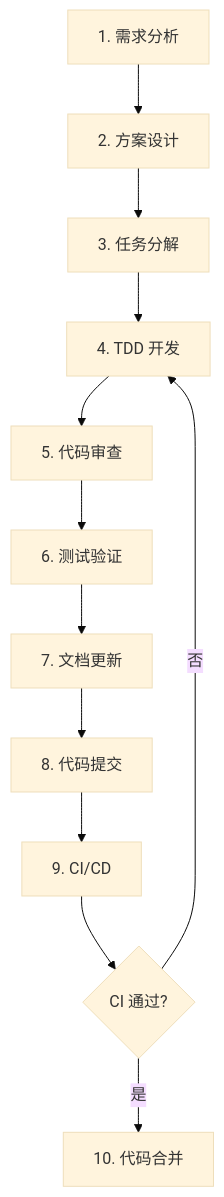
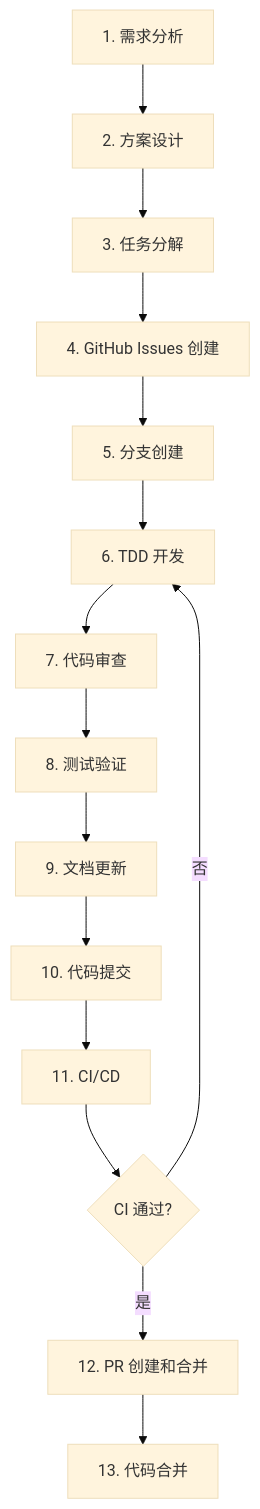
One commit to webgeodb/webgeodb changed the diagram in .claude/docs/development-workflow.md. Above: the diagram before and after it, drawn with Mermaid (base theme). The commit also changed other lines of this file and 5 other files, not shown here.

First line of the commit message:
docs: 添加 Git 分支规范和 GitHub Issues 工作流

````diff
--- a/.claude/docs/development-workflow.md
+++ b/.claude/docs/development-workflow.md
@@ -9,14 +9,17 @@
 ```mermaid
 graph TD
     A[1. 需求分析] --> B[2. 方案设计]
     B --> C[3. 任务分解]
-    C --> D[4. TDD 开发]
-    D --> E[5. 代码审查]
-    E --> F[6. 测试验证]
-    F --> G[7. 文档更新]
-    G --> H[8. 代码提交]
-    H --> I[9. CI/CD]
-    I --> J{CI 通过?}
-    J -->|否| D
-    J -->|是| K[10. 代码合并]
+    C --> D[4. GitHub Issues 创建]
+    D --> E[5. 分支创建]
+    E --> F[6. TDD 开发]
+    F --> G[7. 代码审查]
+    G --> H[8. 测试验证]
+    H --> I[9. 文档更新]
+    I --> J[10. 代码提交]
+    J --> K[11. CI/CD]
+    K --> L{CI 通过?}
+    L -->|否| F
+    L -->|是| M[12. PR 创建和合并]
+    M --> N[13. 代码合并]
 ```
````
